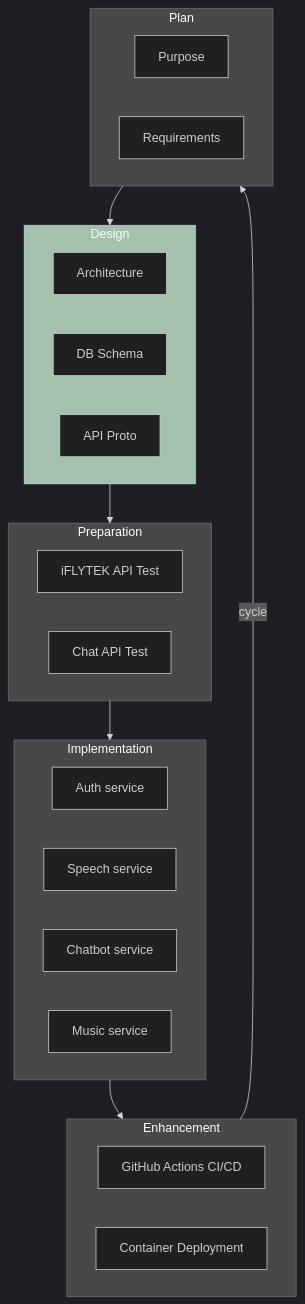
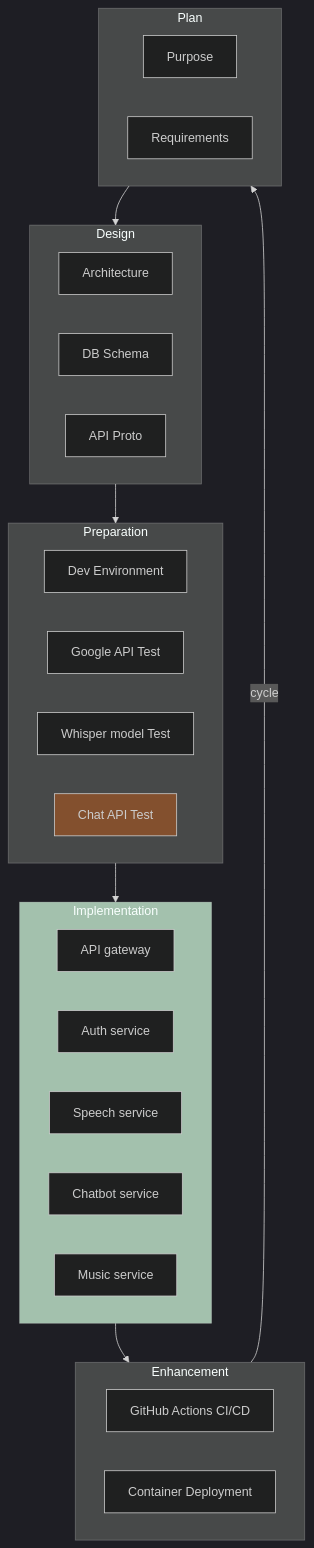
One commit to kimsehyoung/dongle changed the diagram in README.md. Above: the diagram before and after it, drawn with Mermaid. The commit also changed other lines of this file and 74 other files, not shown here.

````diff
--- a/README.md
+++ b/README.md
@@ -24,40 +26,45 @@
 ```mermaid
 %%{init: {'theme':'dark'}}%%
+
 
 flowchart TD
     subgraph Design
         architecture["Architecture"]
         db_schema["DB Schema"]
         api_proto["API Proto"]
     end
 
     subgraph Preparation
-        iflytek_api_test["iFLYTEK API Test"]
+        dev_environment["Dev Environment"]
+        google_api_test["Google API Test"]
+        whisper_api_test["Whisper model Test"]
         chat_api_test["Chat API Test"]
     end
 
     subgraph Implementation
+        api_gateway["API gateway"]
         auth_service["Auth service"]
         speech_service["Speech service"]
         chatbot_service["Chatbot service"]
         music_service["Music service"]
     end
 
     subgraph Enhancement
         github_actions_cicd["GitHub Actions CI/CD"]
         container_deployment["Container Deployment"]
     end
 
     subgraph Plan
         purpose["Purpose"]
         requirements["Requirements"]
     end
 
-    Plan --> Design:::ing
+    Plan --> Design
     Design --> Preparation
-    Preparation --> Implementation
+    Preparation --> Implementation:::ing
     Implementation --> Enhancement
     Enhancement -->|cycle| Plan
 
 classDef ing fill:#A3C1AD;
+style chat_api_test fill:#83502E 
 ```
````
